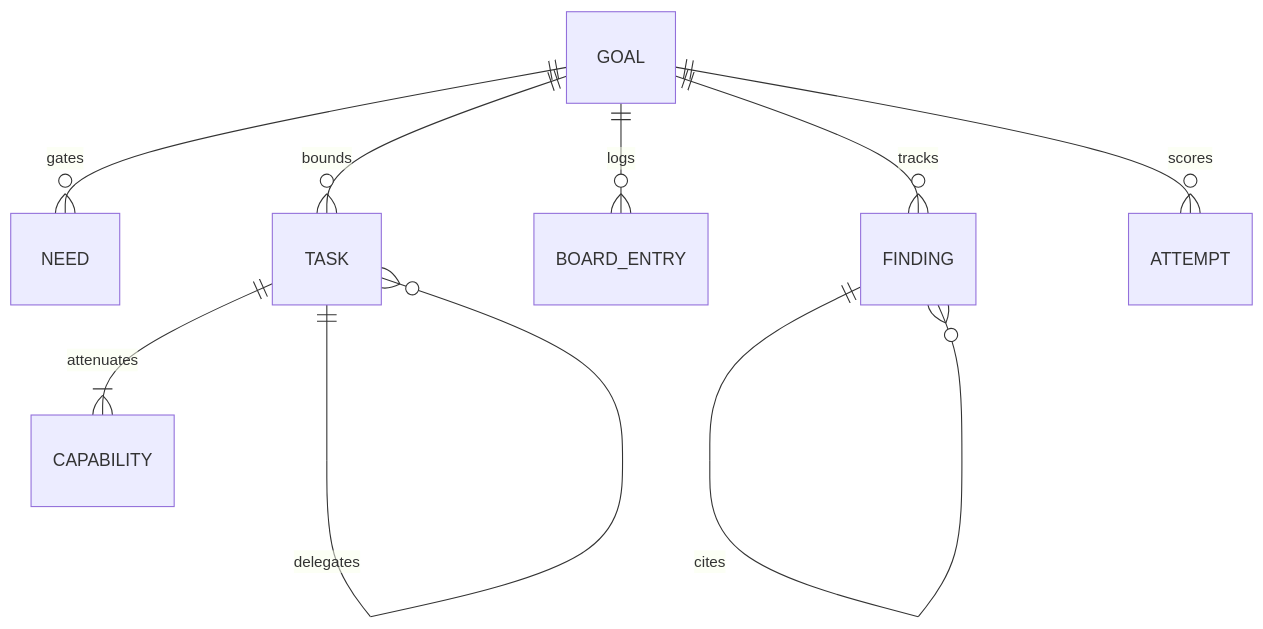
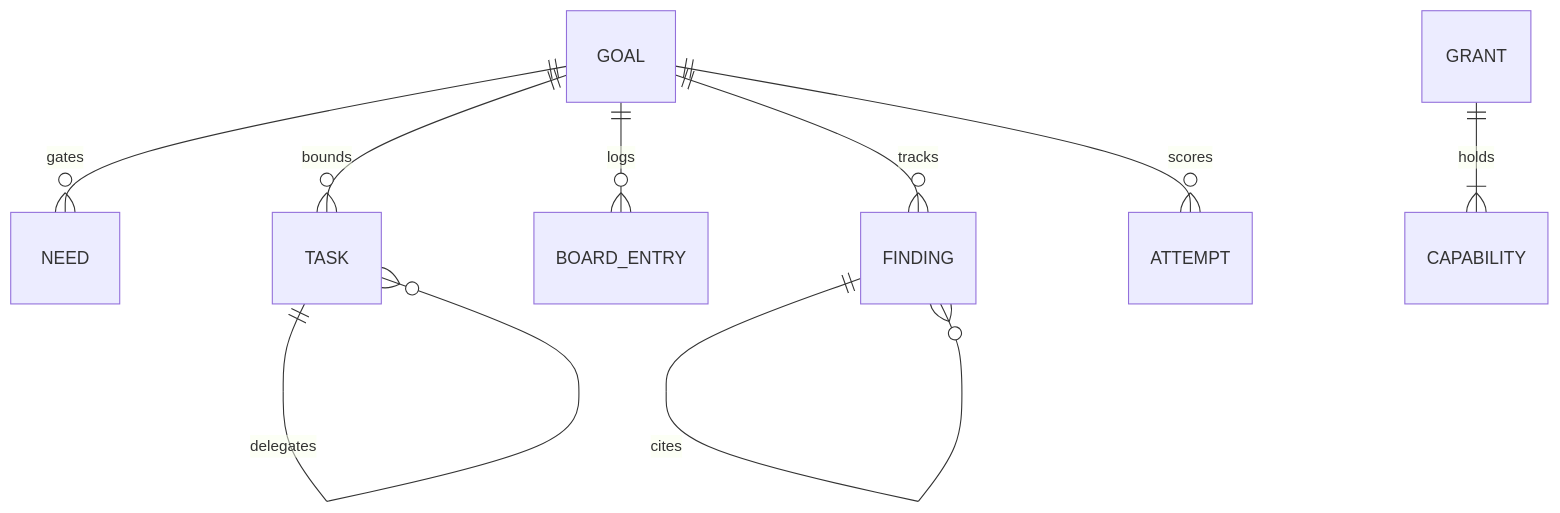
Before and after one commit to GuiBibeau/solos-swarm: the first of 2 diagrams in docs/ARCHITECTURE.md, drawn with Mermaid. The commit also changed other lines of this file, not shown here.

First line of the commit message:
docs(architecture): map both modes and mark the mvp cluster frozen

````diff
--- a/docs/ARCHITECTURE.md
+++ b/docs/ARCHITECTURE.md
@@ -19,11 +210,11 @@
 ```mermaid
 erDiagram
     GOAL ||--o{ NEED : gates
     GOAL ||--o{ TASK : bounds
     GOAL ||--o{ BOARD_ENTRY : logs
     GOAL ||--o{ FINDING : tracks
     GOAL ||--o{ ATTEMPT : scores
     TASK ||--o{ TASK : delegates
-    TASK ||--|{ CAPABILITY : attenuates
+    GRANT ||--|{ CAPABILITY : holds
     FINDING ||--o{ FINDING : cites
 ```
````
